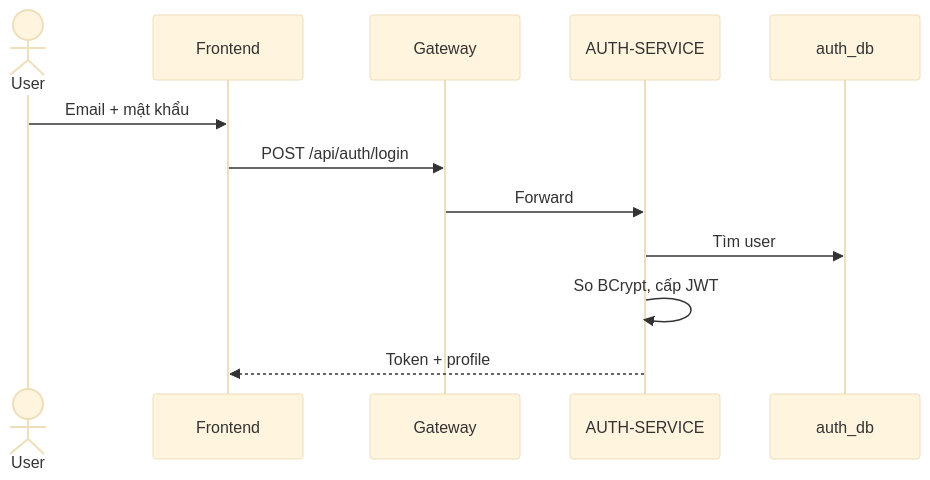
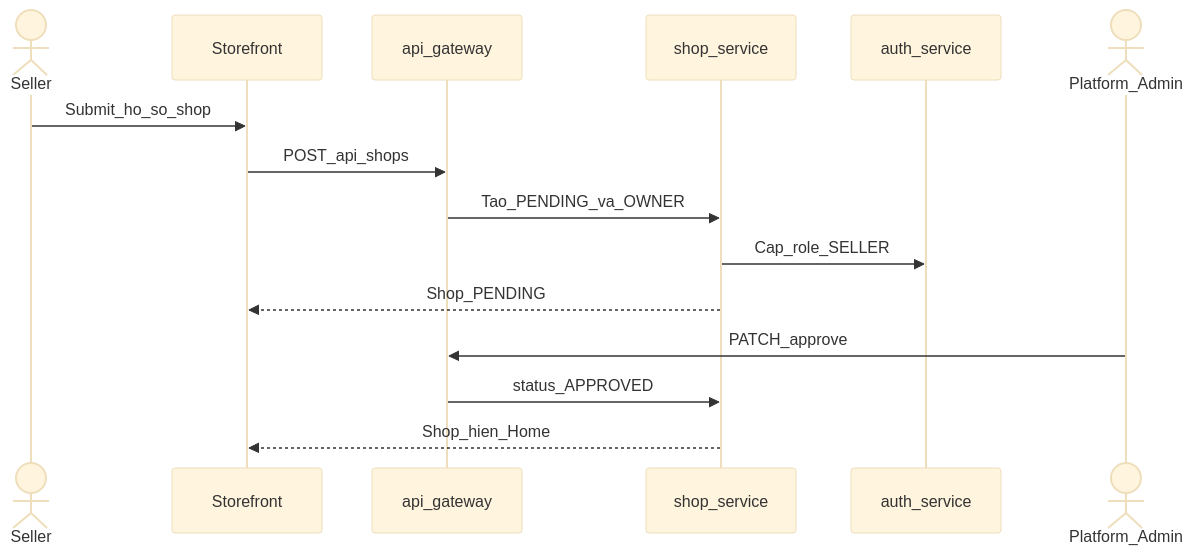
Diagram 13 of 16 in BAO-CAO-DO-AN.md (trinhvanhai1994/GTVT_ecommerce), drawn with Mermaid (base theme) before and after one commit. The commit also changed other lines of this file and 99 other files, not shown here.

````diff
--- a/BAO-CAO-DO-AN.md
+++ b/BAO-CAO-DO-AN.md
@@ -395,15 +695,18 @@
 ```mermaid
 sequenceDiagram
-  actor User
-  participant FE as Frontend
-  participant GW as Gateway
-  participant AUTH as AUTH-SERVICE
-  participant DB as auth_db
+  actor Seller
+  participant FE as Storefront
+  participant GW as api_gateway
+  participant SHOP as shop_service
+  participant AUTH as auth_service
+  actor Admin as Platform_Admin
 
-  User->>FE: Email + mật khẩu
-  FE->>GW: POST /api/auth/login
-  GW->>AUTH: Forward
-  AUTH->>DB: Tìm user
-  AUTH->>AUTH: So BCrypt, cấp JWT
-  AUTH-->>FE: Token + profile
+  Seller->>FE: Submit_ho_so_shop
+  FE->>GW: POST_api_shops
+  GW->>SHOP: Tao_PENDING_va_OWNER
+  SHOP->>AUTH: Cap_role_SELLER
+  SHOP-->>FE: Shop_PENDING
+  Admin->>GW: PATCH_approve
+  GW->>SHOP: status_APPROVED
+  SHOP-->>FE: Shop_hien_Home
 ```
````
